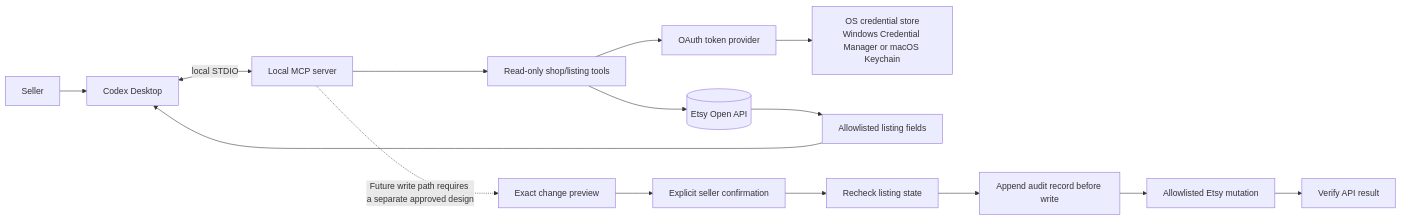
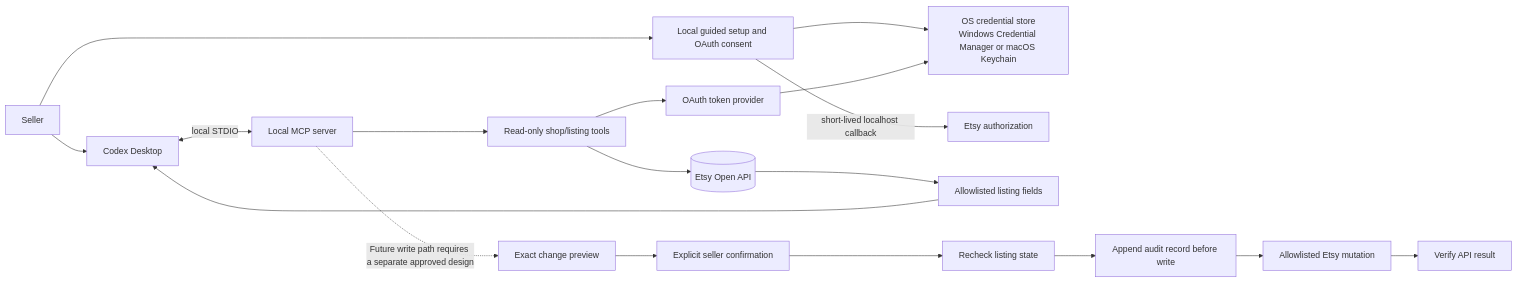
Before and after one commit to stevenfarmer/etsySellerAssistant: the second of 3 diagrams in docs/architecture.md, drawn with Mermaid. The commit also changed other lines of this file and 10 other files, not shown here.

````diff
--- a/docs/architecture.md
+++ b/docs/architecture.md
@@ -31,17 +31,20 @@
 ```mermaid
 flowchart LR
-  seller[Seller] --> codex[Codex Desktop]
+  seller[Seller] --> setup[Local guided setup and OAuth consent]
+  setup --> store[OS credential store<br/>Windows Credential Manager or macOS Keychain]
+  setup -->|short-lived localhost callback| etsyAuth[Etsy authorization]
+  seller --> codex[Codex Desktop]
   codex <-->|local STDIO| mcp[Local MCP server]
   mcp --> readTools[Read-only shop/listing tools]
   readTools --> oauth[OAuth token provider]
-  oauth --> store[OS credential store<br/>Windows Credential Manager or macOS Keychain]
+  oauth --> store
   readTools --> api[(Etsy Open API)]
   api --> allowlist[Allowlisted listing fields]
   allowlist --> codex
   mcp -. "Future write path requires a separate approved design" .-> preview[Exact change preview]
   preview --> confirm[Explicit seller confirmation]
   confirm --> stale[Recheck listing state]
   stale --> audit[Append audit record before write]
   audit --> write[Allowlisted Etsy mutation]
   write --> verify[Verify API result]
 ```
````
